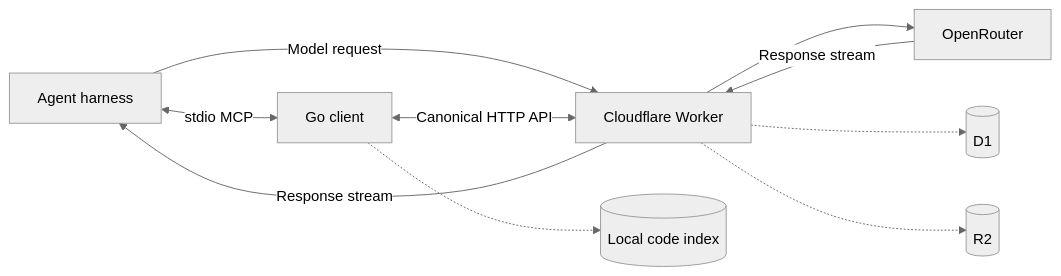
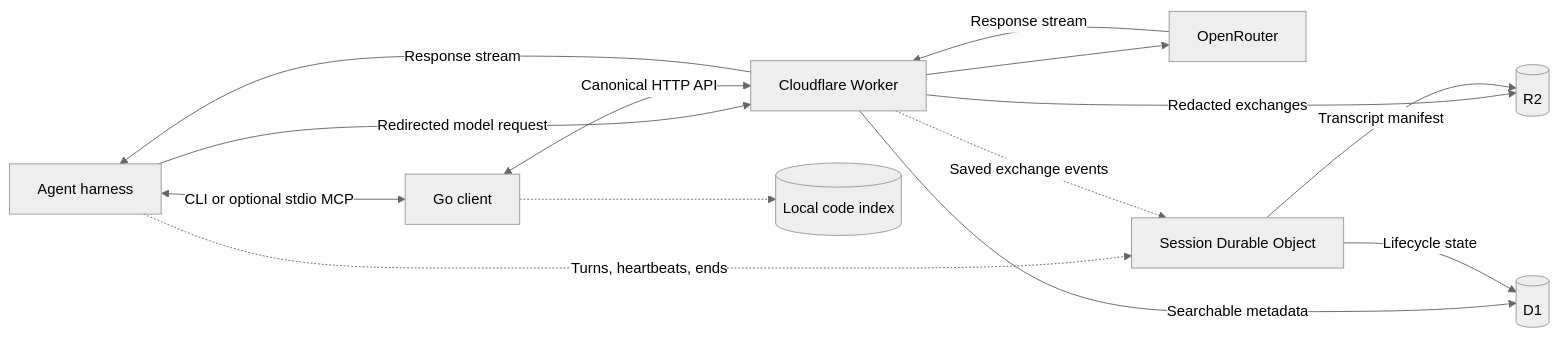
The diagram in docs/Spec.md (cloudboy-jh/Mimir), drawn with Mermaid (neutral theme) before and after one commit. The commit also changed other lines of this file and 125 other files, not shown here.

````diff
--- a/docs/Spec.md
+++ b/docs/Spec.md
@@ -43,12 +43,16 @@
 ```mermaid
 flowchart LR
-    H[Agent harness] -->|Model request| W[Cloudflare Worker]
+    H[Agent harness] -->|Redirected model request| W[Cloudflare Worker]
     W --> O[OpenRouter]
     O -->|Response stream| W
     W -->|Response stream| H
-    W -.-> D[(D1)]
-    W -.-> R[(R2)]
-    H <-->|stdio MCP| C[Go client]
+    W -->|Redacted exchanges| R[(R2)]
+    W -->|Searchable metadata| D[(D1)]
+    H -.->|Turns, heartbeats, ends| S[Session Durable Object]
+    W -.->|Saved exchange events| S
+    S -->|Transcript manifest| R
+    S -->|Lifecycle state| D
+    H <-->|CLI or optional stdio MCP| C[Go client]
     C <-->|Canonical HTTP API| W
     C -.-> I[(Local code index)]
 ```
````
